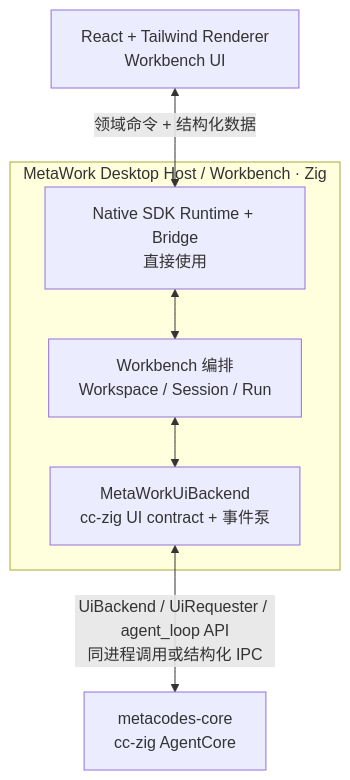
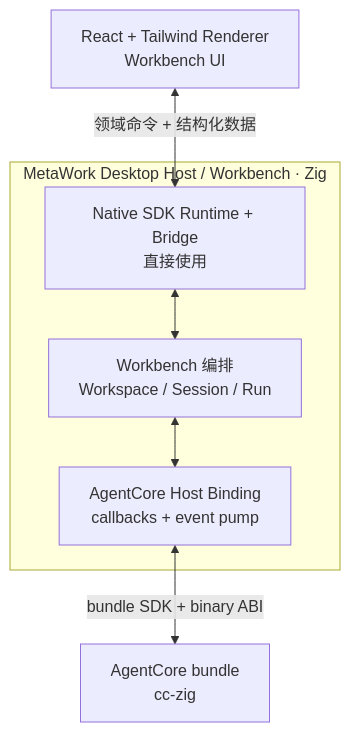
One commit to metask-ai/metawork changed the diagram in docs/architecture.md. Above: the diagram before and after it, drawn with Mermaid. The commit also changed other lines of this file and 25 other files, not shown here.

````diff
--- a/docs/architecture.md
+++ b/docs/architecture.md
@@ -31,17 +51,17 @@
 ```mermaid
 flowchart TB
     UI["React + Tailwind Renderer<br/>Workbench UI"]
 
     subgraph HOST["MetaWork Desktop Host / Workbench · Zig"]
         NATIVE["Native SDK Runtime + Bridge<br/>直接使用"]
         WB["Workbench 编排<br/>Workspace / Session / Run"]
-        BACKEND["MetaWorkUiBackend<br/>cc-zig UI contract + 事件泵"]
+        BACKEND["AgentCore Host Binding<br/>callbacks + event pump"]
         NATIVE <--> WB
         WB <--> BACKEND
     end
 
-    CORE["metacodes-core<br/>cc-zig AgentCore"]
+    CORE["AgentCore bundle<br/>cc-zig"]
 
     UI <-->|"领域命令 + 结构化数据"| NATIVE
-    BACKEND <-->|"UiBackend / UiRequester / agent_loop API<br/>同进程调用或结构化 IPC"| CORE
+    BACKEND <-->|"bundle SDK + binary ABI"| CORE
 ```
````
